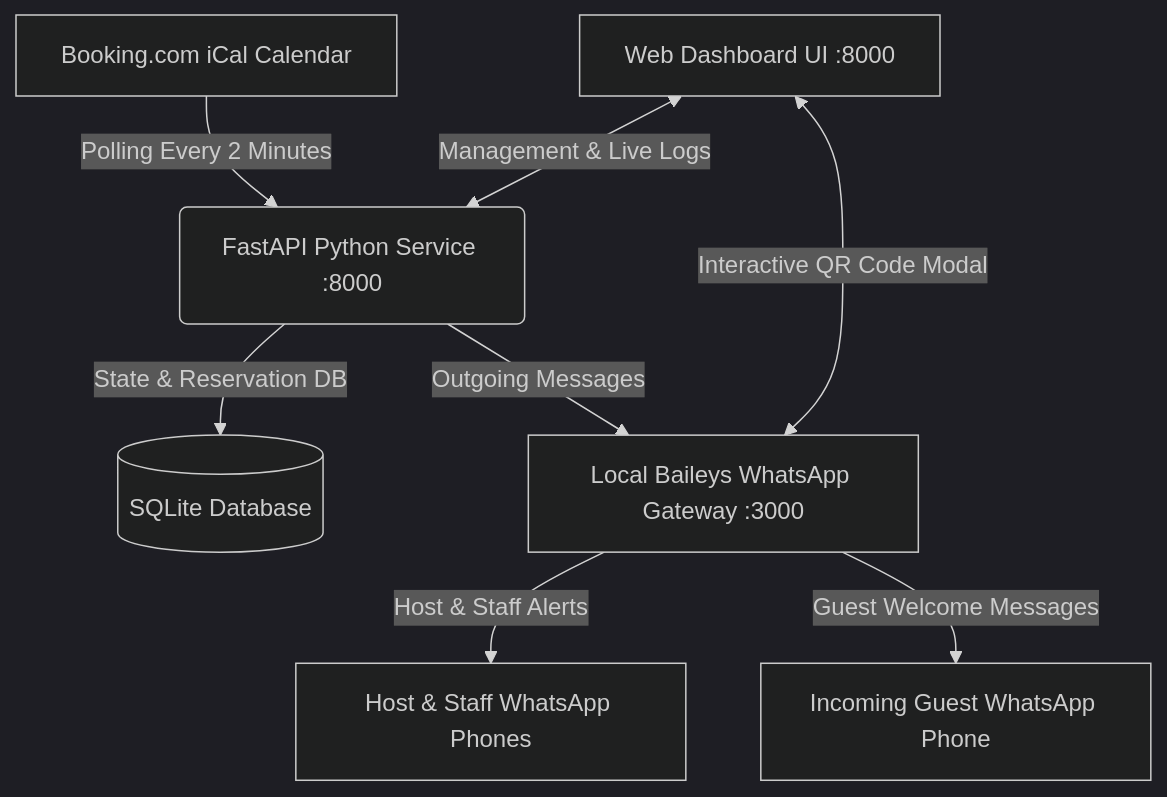
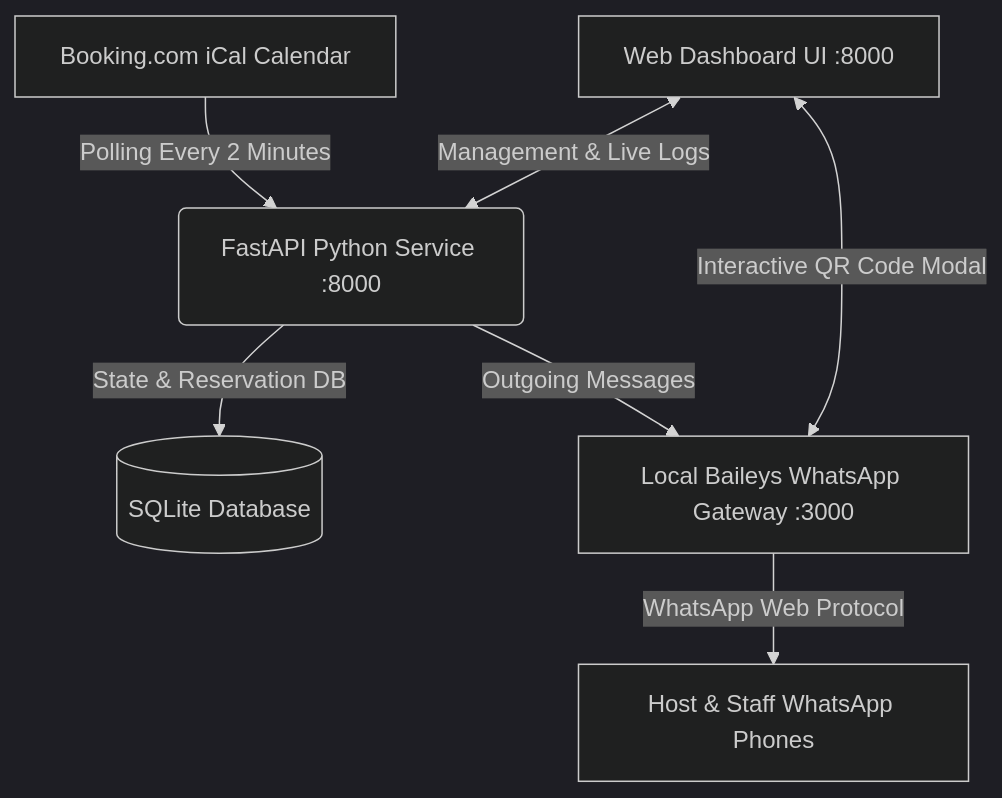
Before and after one commit to MrCoolice/booking-whatsapp-bot: the first of 2 diagrams in README.md, drawn with Mermaid (dark theme). The commit also changed other lines of this file, not shown here.

Commit message:
Docs: Add Guest Welcome automation feature to README in English and Turkish

````diff
--- a/README.md
+++ b/README.md
@@ -36,10 +36,9 @@
 ```mermaid
 graph TD
     A[Booking.com iCal Calendar] -->|Polling Every 2 Minutes| B(FastAPI Python Service :8000)
     B -->|State & Reservation DB| C[(SQLite Database)]
     B -->|Outgoing Messages| D[Local Baileys WhatsApp Gateway :3000]
-    D -->|Host & Staff Alerts| E[Host & Staff WhatsApp Phones]
-    D -->|Guest Welcome Messages| F[Incoming Guest WhatsApp Phone]
+    D -->|WhatsApp Web Protocol| E[Host & Staff WhatsApp Phones]
     G[Web Dashboard UI :8000] <-->|Interactive QR Code Modal| D
     G <-->|Management & Live Logs| B
 ```
````
